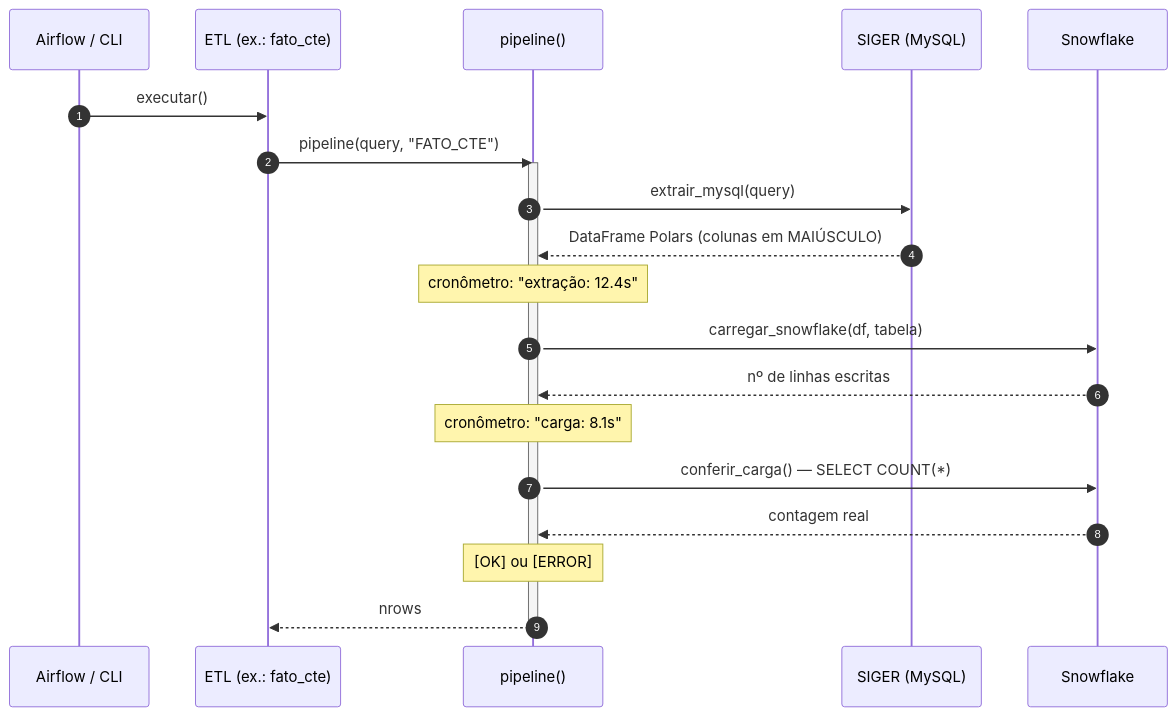
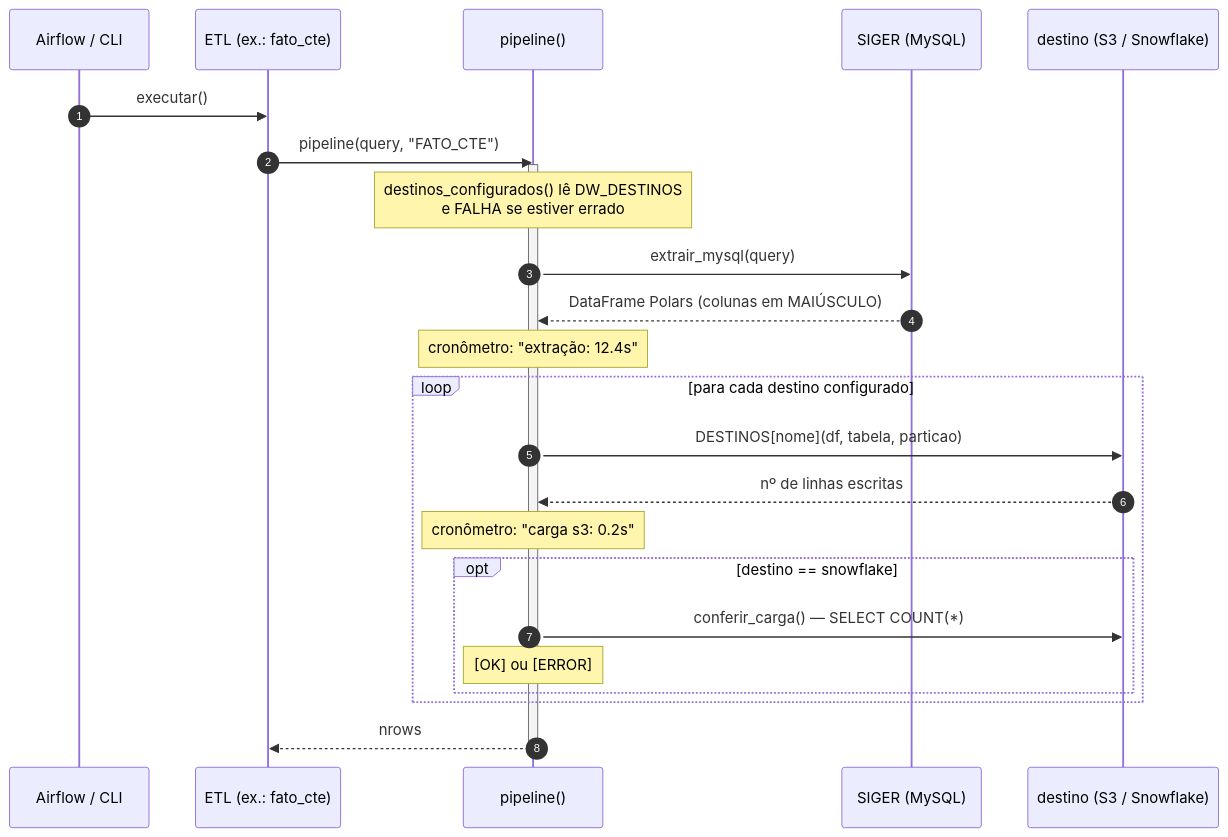
Before and after one commit to anschaugui/siger-snowflake: the second of 2 diagrams in docs/arquitetura.md, drawn with Mermaid. The commit also changed other lines of this file and 21 other files, not shown here.

````diff
--- a/docs/arquitetura.md
+++ b/docs/arquitetura.md
@@ -87,24 +94,28 @@
 ```mermaid
 sequenceDiagram
     autonumber
     participant O as Airflow / CLI
     participant E as ETL (ex.: fato_cte)
     participant P as pipeline()
     participant S as SIGER (MySQL)
-    participant W as Snowflake
+    participant D as destino (S3 / Snowflake)
 
     O->>E: executar()
     E->>P: pipeline(query, "FATO_CTE")
     activate P
+    Note over P: destinos_configurados() lê DW_DESTINOS<br/>e FALHA se estiver errado
     P->>S: extrair_mysql(query)
     S-->>P: DataFrame Polars (colunas em MAIÚSCULO)
     Note over P: cronômetro: "extração: 12.4s"
-    P->>W: carregar_snowflake(df, tabela)
-    W-->>P: nº de linhas escritas
-    Note over P: cronômetro: "carga: 8.1s"
-    P->>W: conferir_carga() — SELECT COUNT(*)
-    W-->>P: contagem real
-    Note over P: [OK] ou [ERROR]
+    loop para cada destino configurado
+        P->>D: DESTINOS[nome](df, tabela, particao)
+        D-->>P: nº de linhas escritas
+        Note over P: cronômetro: "carga s3: 0.2s"
+        opt destino == snowflake
+            P->>D: conferir_carga() — SELECT COUNT(*)
+            Note over P: [OK] ou [ERROR]
+        end
+    end
     P-->>E: nrows
     deactivate P
 ```
````
